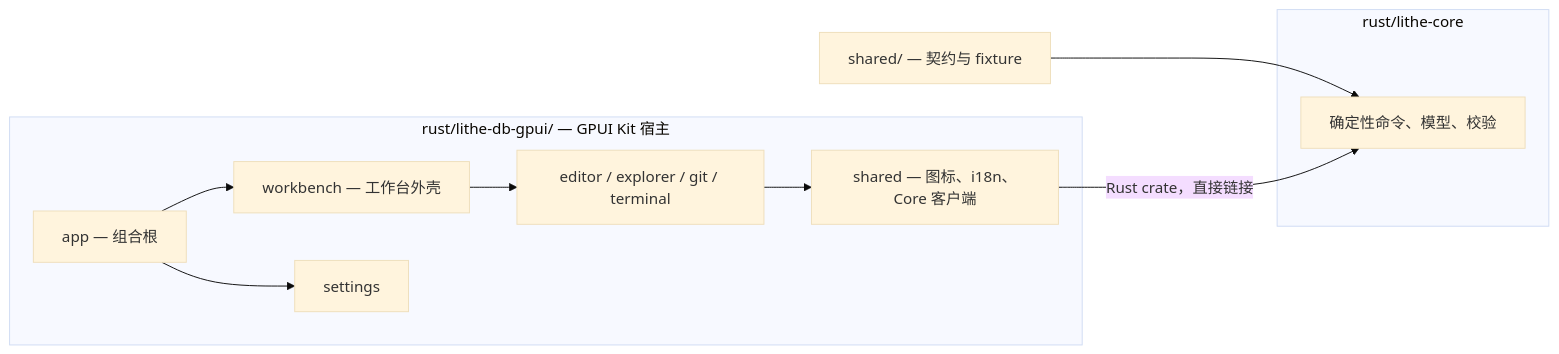
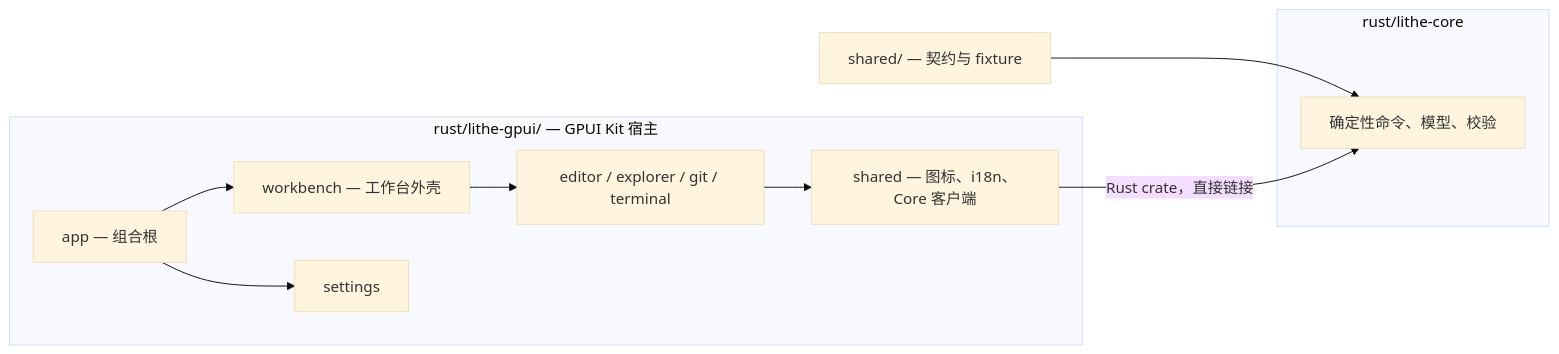
One commit to T-fenlin/Lithe-IDEA changed the diagram in README.zh-CN.md. Above: the diagram before and after it, drawn with Mermaid (base theme). The commit also changed other lines of this file and 1677 other files, not shown here.

First line of the commit message:
refactor(lithe-gpui): 宿主目录与 crate 前缀修正为 lithe-gpui

````diff
--- a/README.zh-CN.md
+++ b/README.zh-CN.md
@@ -155,16 +155,16 @@
 ```mermaid
 flowchart LR
-    subgraph Host["rust/lithe-db-gpui/ — GPUI Kit 宿主"]
+    subgraph Host["rust/lithe-gpui/ — GPUI Kit 宿主"]
         App["app — 组合根"] --> Workbench["workbench — 工作台外壳"]
         Workbench --> Editor["editor / explorer / git / terminal"]
         App --> Settings["settings"]
         Editor --> Shared["shared — 图标、i18n、Core 客户端"]
     end
 
     subgraph Core["rust/lithe-core"]
         Commands["确定性命令、模型、校验"]
     end
 
     Contracts["shared/ — 契约与 fixture"] --> Commands
     Shared -->|"Rust crate，直接链接"| Commands
 ```
````
